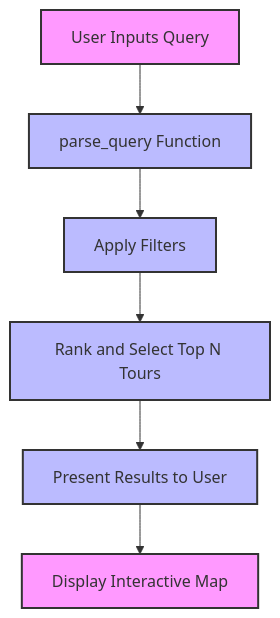
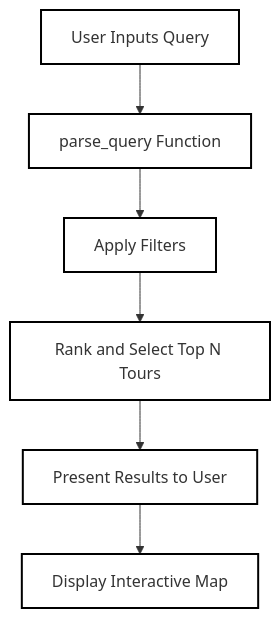
Before and after one commit to vikrantsingh29/cycle_tour_recommendation: the diagram in README.md, drawn with Mermaid. The commit also changed other lines of this file, not shown here.

````diff
--- a/README.md
+++ b/README.md
@@ -155,15 +156,15 @@
 ```mermaid
 graph TD
     A[User Inputs Query] --> B[parse_query Function]
     B --> C[Apply Filters]
     C --> D[Rank and Select Top N Tours]
     D --> E[Present Results to User]
     E --> F[Display Interactive Map]
     
-    style A fill:#f9f,stroke:#333,stroke-width:2px
-    style B fill:#bbf,stroke:#333,stroke-width:2px
-    style C fill:#bbf,stroke:#333,stroke-width:2px
-    style D fill:#bbf,stroke:#333,stroke-width:2px
-    style E fill:#bbf,stroke:#333,stroke-width:2px
-    style F fill:#f9f,stroke:#333,stroke-width:2px
+    style A fill:#fff,stroke:#000,stroke-width:2px
+    style B fill:#fff,stroke:#000,stroke-width:2px
+    style C fill:#fff,stroke:#000,stroke-width:2px
+    style D fill:#fff,stroke:#000,stroke-width:2px
+    style E fill:#fff,stroke:#000,stroke-width:2px
+    style F fill:#fff,stroke:#000,stroke-width:2px
 ```
````
